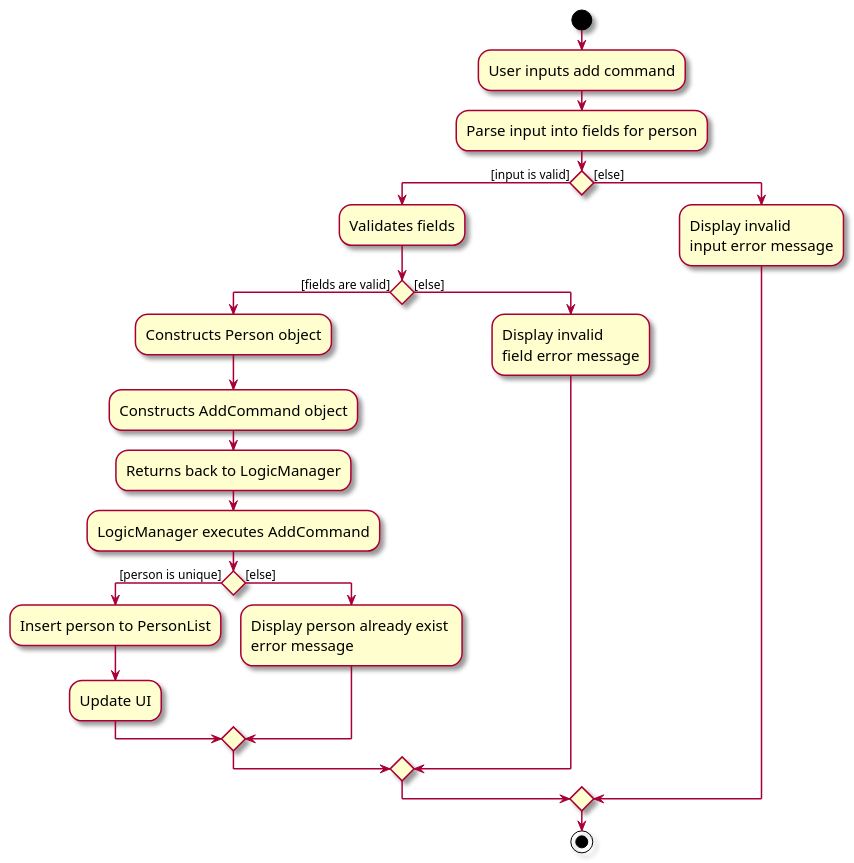
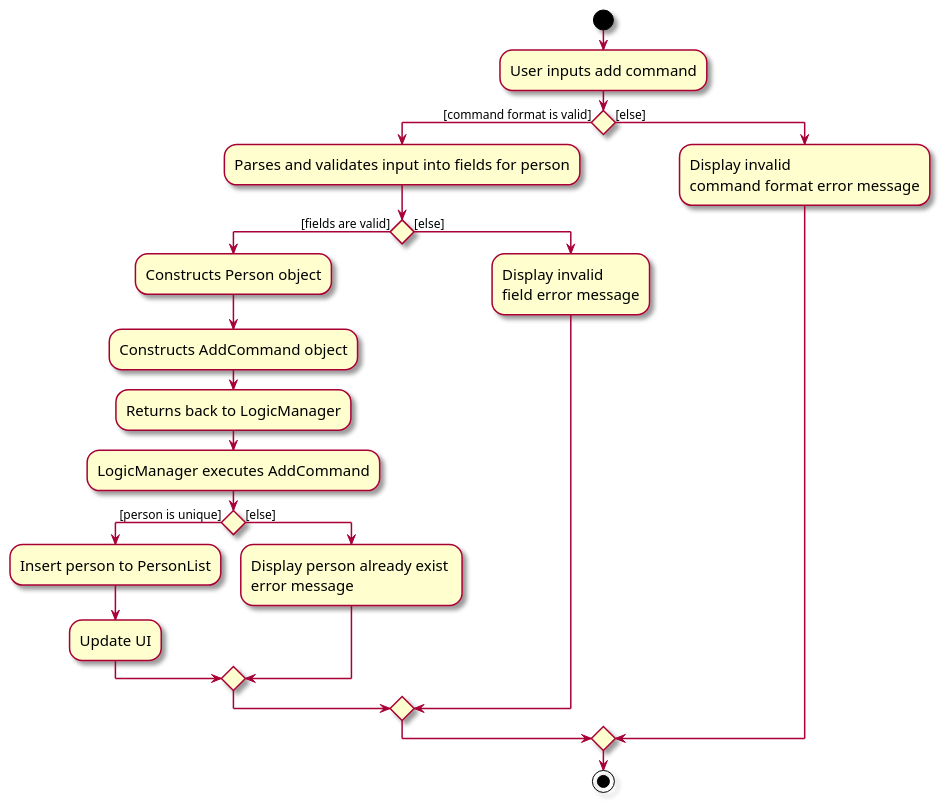
The diagram in docs/diagrams/AddActivityDiagram.puml (tanteckfang/tp), drawn with PlantUML before and after one commit. The commit also changed 2 other files, not shown here.

```diff
--- a/docs/diagrams/AddActivityDiagram.puml
+++ b/docs/diagrams/AddActivityDiagram.puml
@@ -1,37 +1,36 @@
 @startuml
 skin rose
 skinparam ActivityFontSize 15
 skinparam ArrowFontSize 12
 start
 :User inputs add command;
-:Parse input into fields for person;
 
 'Since the beta syntax does not support placing the condition outside the
 'diamond we place it as the true branch instead.
 
-if () then ([input is valid])
-    :Validates fields;
+if () then ([command format is valid])
+    :Parses and validates input into fields for person;
 
     if () then ([fields are valid])
     :Constructs Person object;
     :Constructs AddCommand object;
     :Returns back to LogicManager;
     :LogicManager executes AddCommand;
     if () then ([person is unique])
     :Insert person to PersonList;
     :Update UI;
     else ([else])
     :Display person already exist \nerror message;
     endif
     else ([else])
     :Display invalid \nfield error message;
     endif
 else ([else])
-:Display invalid \ninput error message;
+:Display invalid \ncommand format error message;
 
 
 
 
 endif
 stop
 @enduml
```
